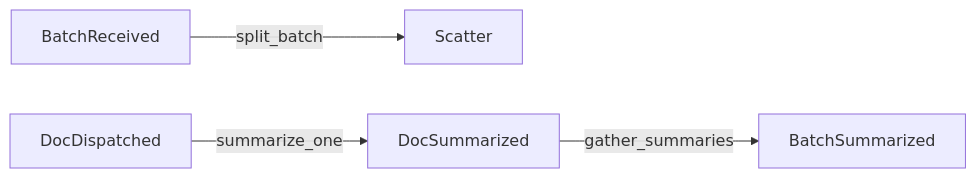
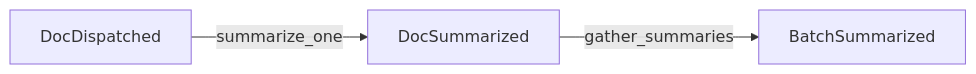
The diagram in examples/map_reduce.graph.md (cadance-io/langgraph-events), drawn with Mermaid before and after one commit. The commit also changed 10 other files, not shown here.

First line of the commit message:
Fix mermaid graph linking and reuse example EventGraphs

````diff
--- a/examples/map_reduce.graph.md
+++ b/examples/map_reduce.graph.md
@@ -4,7 +4,7 @@
 ```mermaid
 graph LR
-    BatchReceived -->|split_batch| Scatter
     DocDispatched -->|summarize_one| DocSummarized
     DocSummarized -->|gather_summaries| BatchSummarized
+%% Scatter handlers: split_batch (BatchReceived)
 %% Side-effect handlers: audit_trail (Auditable)
 ```
````
